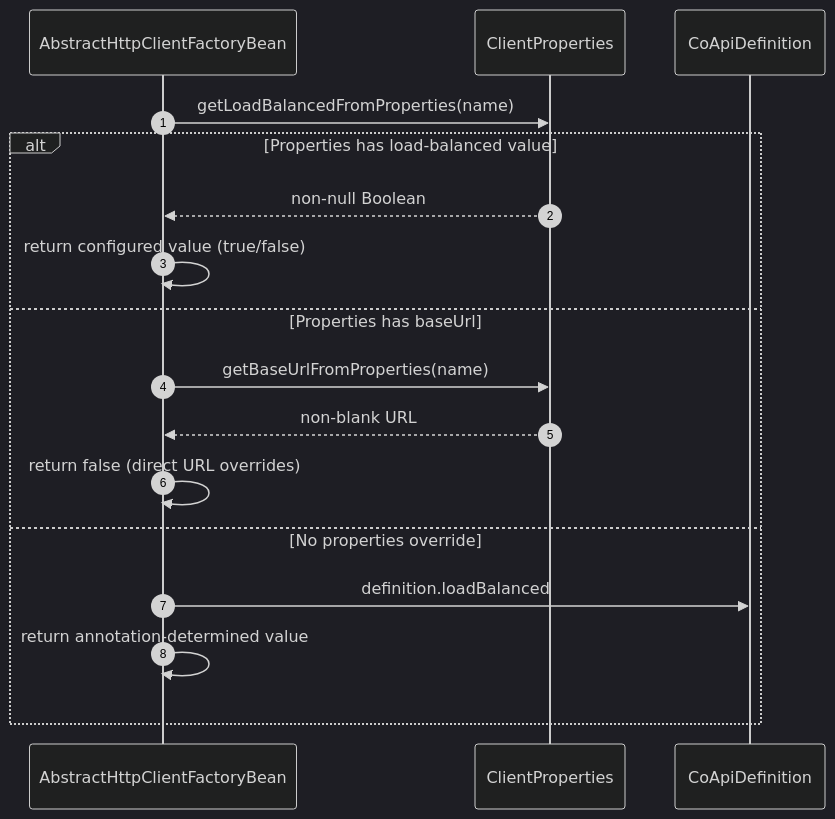
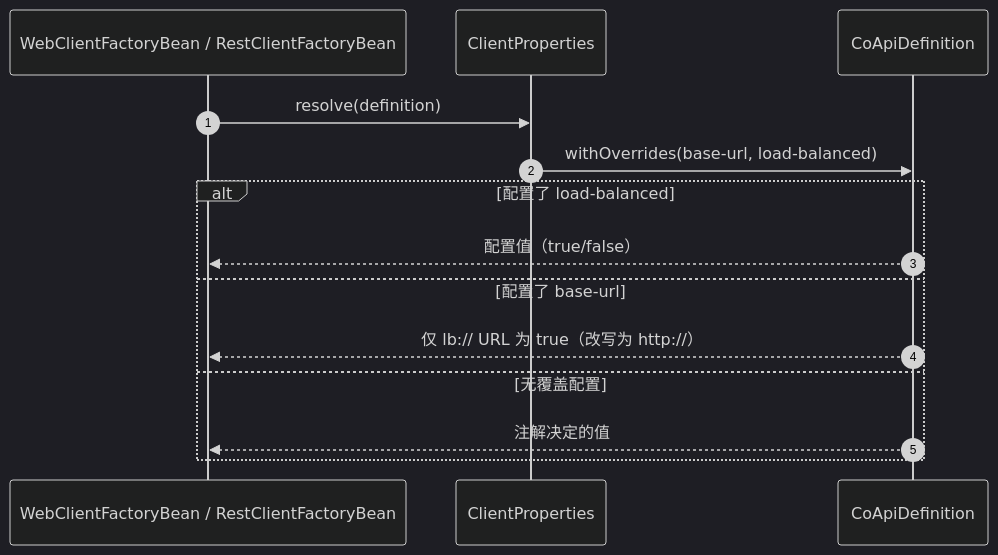
The second of 4 diagrams in wiki/zh/deep-dive/load-balancing.md (Ahoo-Wang/CoApi), drawn with Mermaid (dark theme) before and after one commit. The commit also changed other lines of this file and 45 other files, not shown here.

First line of the commit message:
feat!: v3 client architecture (#320)

````diff
--- a/wiki/zh/deep-dive/load-balancing.md
+++ b/wiki/zh/deep-dive/load-balancing.md
@@ -64,20 +64,17 @@
 ```mermaid
 sequenceDiagram
     autonumber
-    participant FB as AbstractHttpClientFactoryBean
+    participant FB as WebClientFactoryBean / RestClientFactoryBean
     participant Props as ClientProperties
     participant Def as CoApiDefinition
 
-    FB->>Props: getLoadBalancedFromProperties(name)
-    alt Properties has load-balanced value
-        Props-->>FB: non-null Boolean
-        FB->>FB: return configured value (true/false)
-    else Properties has baseUrl
-        FB->>Props: getBaseUrlFromProperties(name)
-        Props-->>FB: non-blank URL
-        FB->>FB: return false (direct URL overrides)
-    else No properties override
-        FB->>Def: definition.loadBalanced
-        FB->>FB: return annotation-determined value
+    FB->>Props: resolve(definition)
+    Props->>Def: withOverrides(base-url, load-balanced)
+    alt 配置了 load-balanced
+        Def-->>FB: 配置值（true/false）
+    else 配置了 base-url
+        Def-->>FB: 仅 lb:// URL 为 true（改写为 http://）
+    else 无覆盖配置
+        Def-->>FB: 注解决定的值
     end
 ```
````
